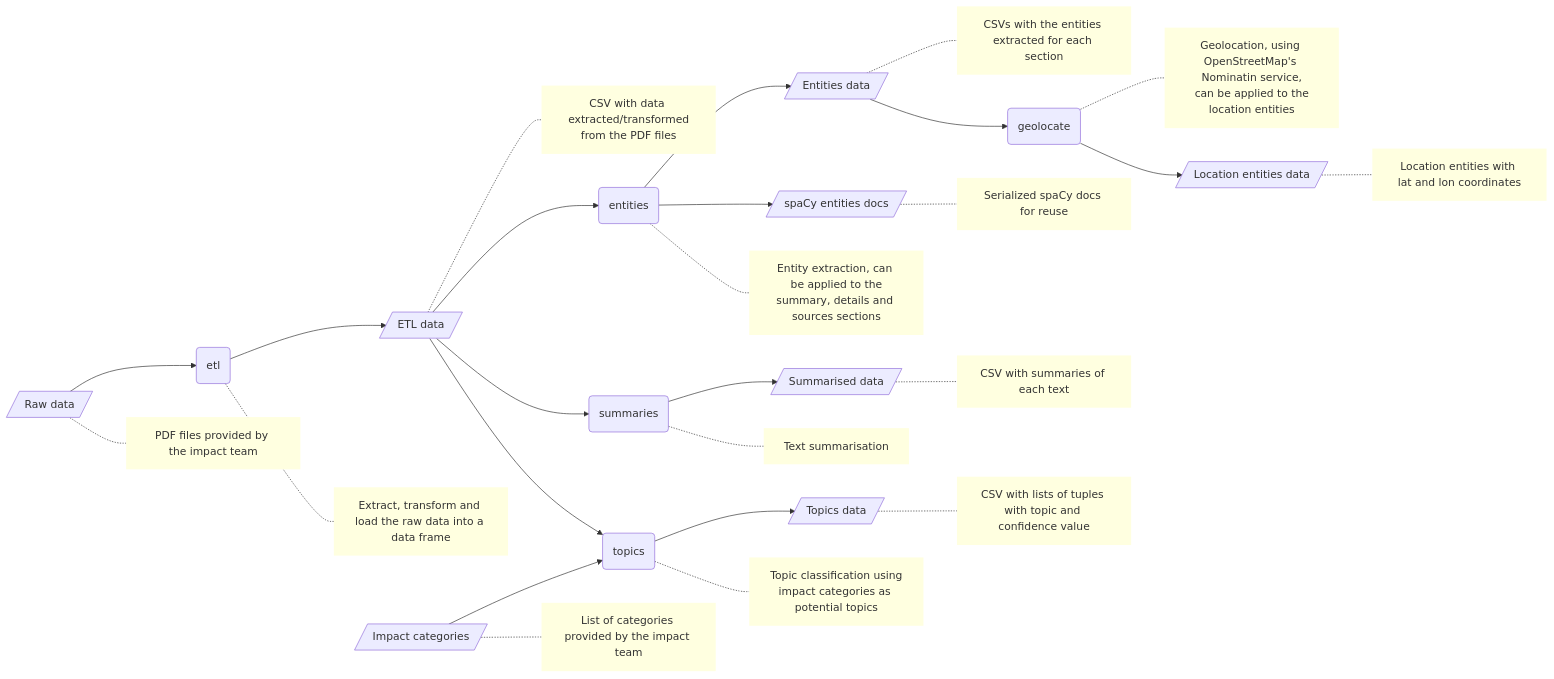
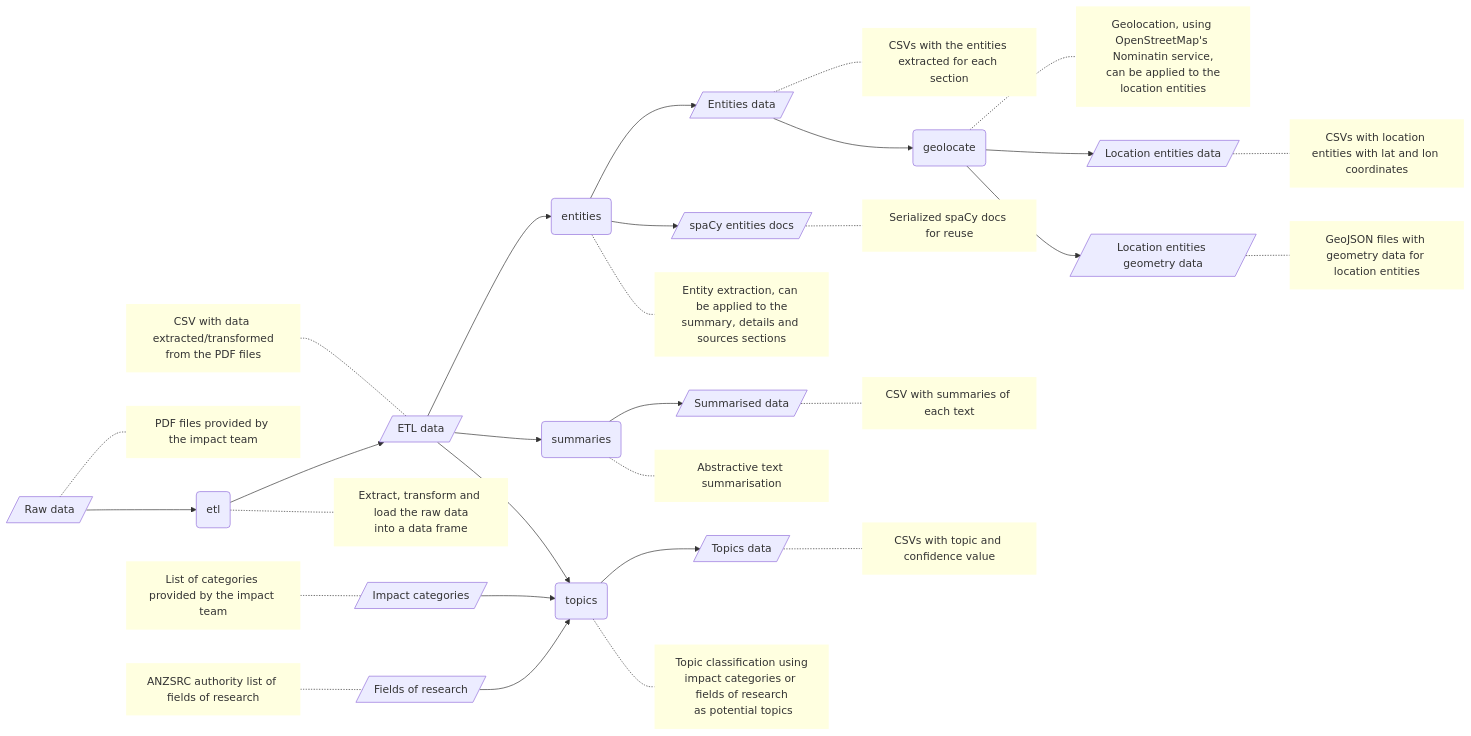
Before and after one commit to kingsdigitallab/refida: the diagram in README.md, drawn with Mermaid.

Commit message:
📖 Doc: Update workflow diagram.

````diff
--- a/README.md
+++ b/README.md
@@ -9,55 +9,63 @@
 ```mermaid
 flowchart LR
     data_raw[/Raw data/] --> etl(etl)
     data_raw -.- comment_data_raw[PDF files provided by the impact team]
     class comment_data_raw comment
 
+    comment_data_etl[CSV with data extracted/transformed\nfrom the PDF files] -.- data_etl
+    class comment_data_etl comment
+
     etl --> data_etl[/ETL data/]
-    etl -.- comment_etl[Extract, transform and load the raw data into a data frame]
+    etl -.- comment_etl[Extract, transform and load the raw data\ninto a data frame]
     class comment_etl comment
 
-    data_etl -.- comment_data_etl[CSV with data extracted/transformed\nfrom the PDF files]
     data_etl --> entities(entities)
     data_etl --> summaries(summaries)
     data_etl --> topics(topics)
-    class comment_data_etl comment
 
     entities --> data_entities[/Entities data/]
     entities --> data_doc_entities[/spaCy entities docs/]
     entities -.- comment_entities[Entity extraction, can be applied to the\nsummary, details and sources sections]
     class comment_entities comment
 
     data_entities -.- comment_data_entities[CSVs with the entities extracted for each section]
     data_entities --> geolocate(geolocate)
     class comment_data_entities comment
 
     data_doc_entities -.- comment_data_doc_entities[Serialized spaCy docs for reuse]
     class comment_data_doc_entities comment
 
     geolocate -.- comment_geolocate[Geolocation, using OpenStreetMap's Nominatin service,\n can be applied to the location entities]
     geolocate --> data_geolocate[/Location entities data/]
+    geolocate --> data_geojson[/Location entities geometry data/]
     class comment_geolocate comment
 
-    data_geolocate -.- comment_data_geolocate[Location entities with lat and lon coordinates]
+    data_geolocate -.- comment_data_geolocate[CSVs with location entities with lat and lon coordinates]
     class comment_data_geolocate comment
+    data_geojson -.- comment_data_geojson[GeoJSON files with geometry data for location entities]
+    class comment_data_geojson comment
 
     summaries --> data_summaries[/Summarised data/]
-    summaries -.- comment_summaries[Text summarisation]
+    summaries -.- comment_summaries[Abstractive text summarisation]
     class comment_summaries comment
 
     data_summaries -.- comment_data_summaries[CSV with summaries of each text]
     class comment_data_summaries comment
 
     data_impact_categories[/Impact categories/] --> topics(topics)
-    data_impact_categories -.- comment_data_impact_categories[List of categories provided by the impact team]
+    comment_data_impact_categories[List of categories provided by the impact team] -.- data_impact_categories
     class comment_data_impact_categories comment
 
+    data_for[/Fields of research/] --> topics(topics)
+    comment_data_for[ANZSRC authority list of fields of research] -.- data_for
+    class comment_data_for comment
+
     topics --> data_topics[/Topics data/]
-    topics -.- comment_topics[Topic classification using\nimpact categories as potential topics]
+    topics -.- comment_topics[Topic classification using\nimpact categories or fields of research\n as potential topics]
     class comment_topics comment
 
-    data_topics -.- comment_data_topics[CSV with lists of tuples with topic and confidence value]
+    data_topics -.- comment_data_topics[CSVs with topic and confidence value]
     class comment_data_topics comment
 
     classDef comment fill:lightyellow,stroke-width:0px;
 ```
````
